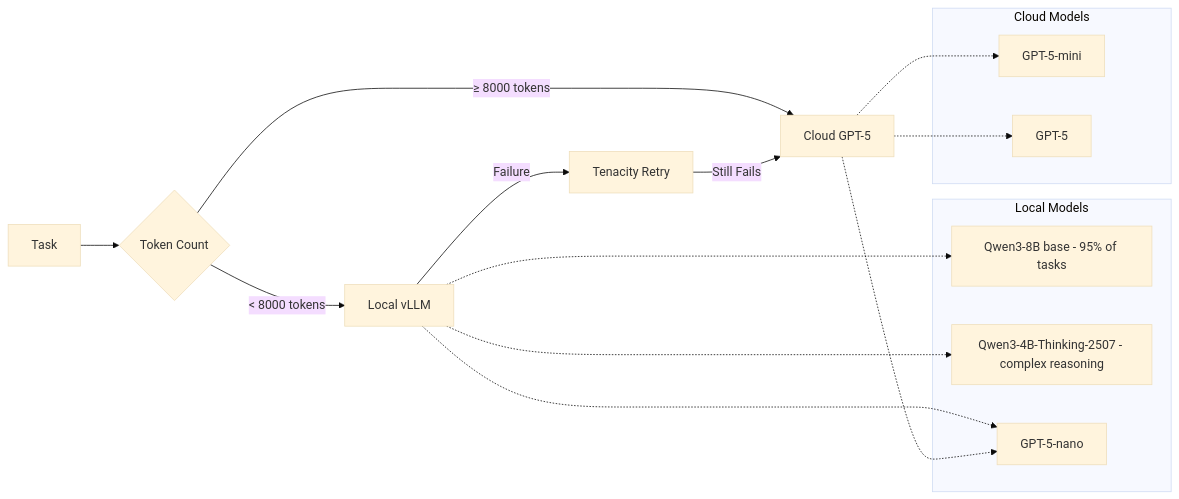
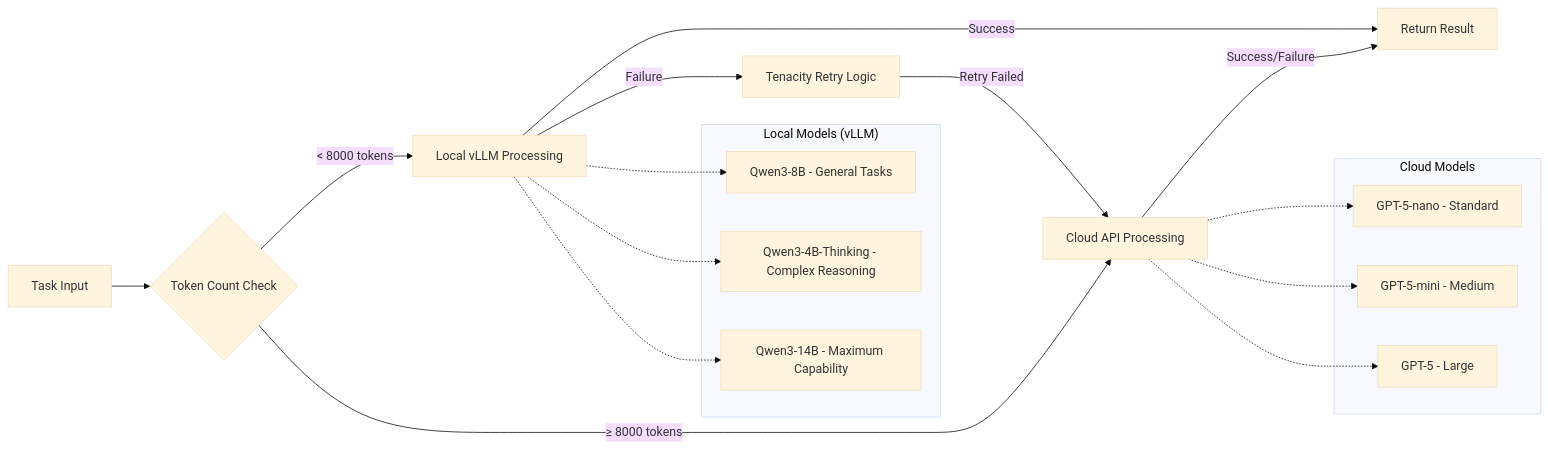
The first of 2 diagrams in docs/adrs/ADR-006-hybrid-strategy.md (BjornMelin/ai-job-scraper), drawn with Mermaid (base theme) before and after one commit. The commit also changed other lines of this file and 6 other files, not shown here.

````diff
--- a/docs/adrs/ADR-006-hybrid-strategy.md
+++ b/docs/adrs/ADR-006-hybrid-strategy.md
@@ -131,27 +116,29 @@
 ```mermaid
 graph LR
-    A[Task] --> B{Token Count}
-    B -->|< 8000 tokens| C[Local vLLM]
-    B -->|≥ 8000 tokens| D[Cloud GPT-5]
-    C -->|Failure| E[Tenacity Retry]
-    E -->|Still Fails| D
+    A[Task Input] --> B{Token Count Check}
+    B -->|< 8000 tokens| C[Local vLLM Processing]
+    B -->|≥ 8000 tokens| D[Cloud API Processing]
+    C -->|Success| E[Return Result]
+    C -->|Failure| F[Tenacity Retry Logic]
+    F -->|Retry Failed| D
+    D -->|Success/Failure| E
     
-    subgraph "Local Models"
-        F[Qwen3-8B base - 95% of tasks]
-        G[Qwen3-4B-Thinking-2507 - complex reasoning]
-        H[Qwen3-14B base - maximum capability]
+    subgraph "Local Models (vLLM)"
+        G[Qwen3-8B - General Tasks]
+        H[Qwen3-4B-Thinking - Complex Reasoning]
+        I[Qwen3-14B - Maximum Capability]
     end
     
-    subgraph "Cloud Models"  
-        H[GPT-5-nano]
-        I[GPT-5-mini]
-        J[GPT-5]
+    subgraph "Cloud Models"
+        J[GPT-5-nano - Standard]
+        K[GPT-5-mini - Medium]
+        L[GPT-5 - Large]
     end
     
-    C -.-> F
     C -.-> G
-    C -.-> H
-    D -.-> H
-    D -.-> I
+    C -.-> H  
+    C -.-> I
     D -.-> J
+    D -.-> K
+    D -.-> L
 ```
````
